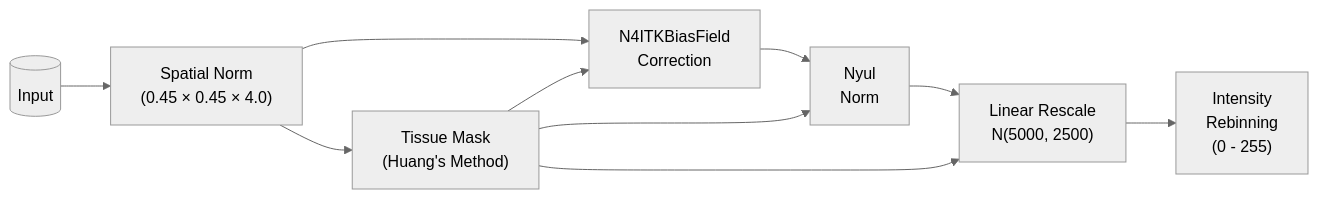
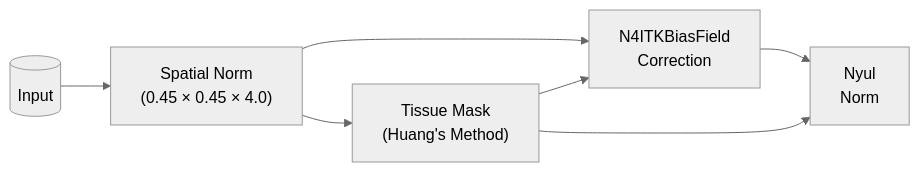
Before and after one commit to alabamagan/mri_radiomics_toolkit: the first of 7 diagrams in README.md, drawn with Mermaid (neutral theme). The commit also changed other lines of this file and 3 other files, not shown here.

````diff
--- a/README.md
+++ b/README.md
@@ -55,12 +53,10 @@
 ```mermaid
 graph LR
   A[(Input)] --> B["Spatial Norm<br>(0.45 × 0.45 × 4.0)"]
   B --> C["Tissue Mask<br>(Huang's Method)"]
   B --> D["N4ITKBiasField<br>Correction"]
   C --> D
   D --> E[Nyul<br>Norm]
   C --> E
-  E --> F["Linear Rescale<br>N(5000, 2500)"]
-  C --> F
-  F --> G["Intensity<br>Rebinning<br>(0 - 255)"]
+
 ```
````
